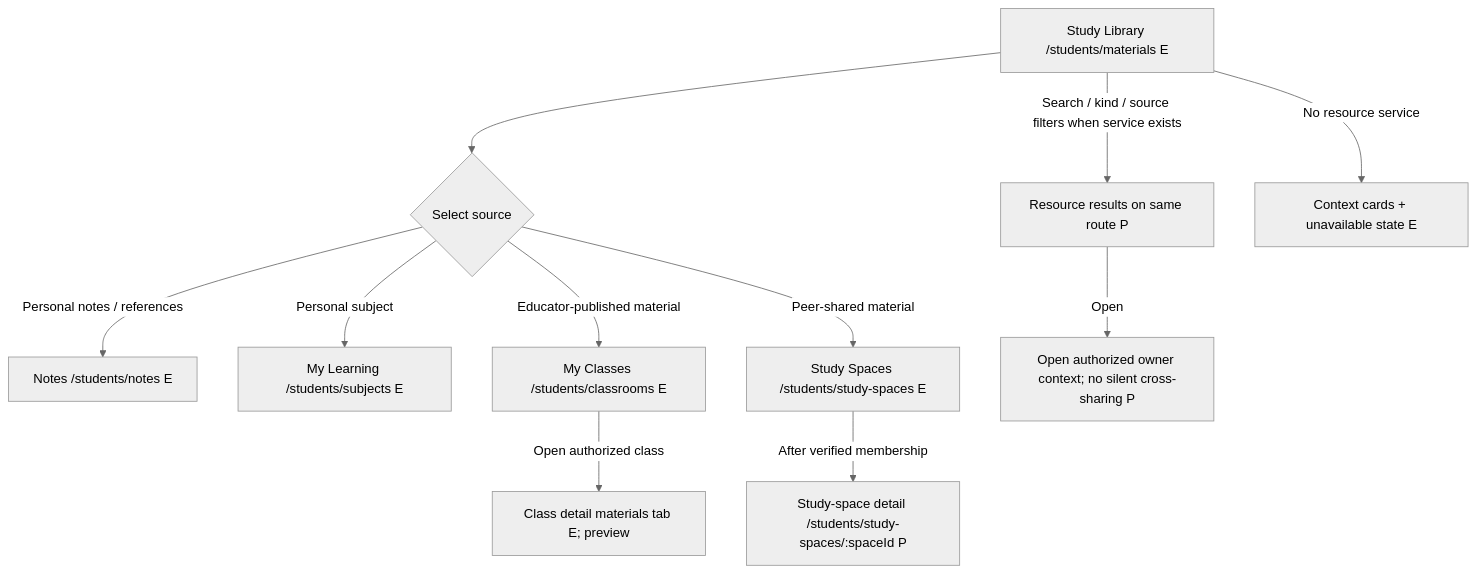
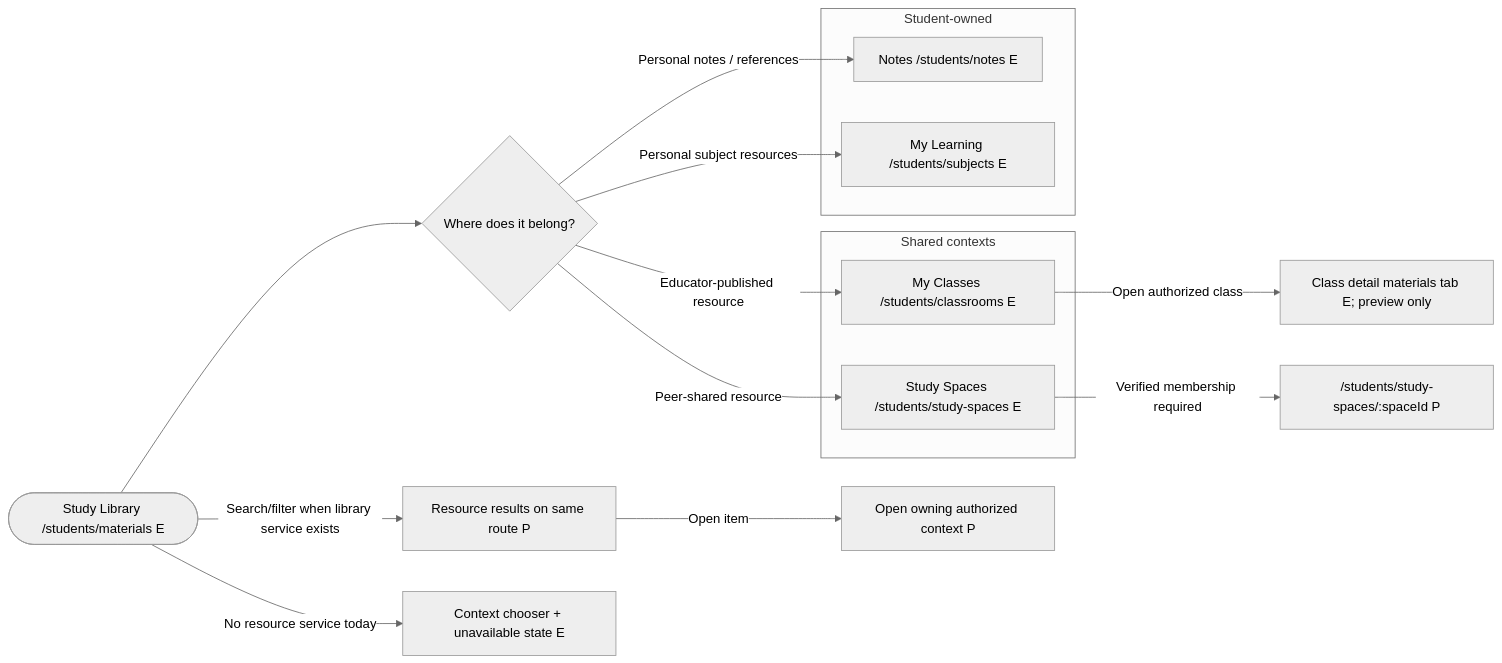
Before and after one commit to devCarlJoseph/owlio-app: the fourth of 14 diagrams in OWLIO_STUDENT_SIDEBAR_WORKFLOW_PLAN.md, drawn with Mermaid (neutral theme). The commit also changed other lines of this file and 1 other file, not shown here.

Commit message:
docs(workflows): render sidebar flows as grouped Mermaid diagrams

````diff
--- a/OWLIO_STUDENT_SIDEBAR_WORKFLOW_PLAN.md
+++ b/OWLIO_STUDENT_SIDEBAR_WORKFLOW_PLAN.md
@@ -372,13 +406,21 @@
 ```mermaid
-flowchart TD
-  LIB["Study Library /students/materials E"] --> SRC{"Select source"}
-  SRC -->|"Personal notes / references"| N["Notes /students/notes E"]
-  SRC -->|"Personal subject"| SUB["My Learning /students/subjects E"]
-  SRC -->|"Educator-published material"| CL["My Classes /students/classrooms E"]
-  CL -->|"Open authorized class"| MAT["Class detail materials tab E; preview"]
-  SRC -->|"Peer-shared material"| SS["Study Spaces /students/study-spaces E"]
-  SS -->|"After verified membership"| SD["Study-space detail /students/study-spaces/:spaceId P"]
-  LIB -->|"Search / kind / source filters when service exists"| RES["Resource results on same route P"]
-  RES -->|"Open"| OWNER["Open authorized owner context; no silent cross-sharing P"]
-  LIB -->|"No resource service"| EMPTY["Context cards + unavailable state E"]
+flowchart LR
+  LIB(["Study Library /students/materials E"]) --> SRC{"Where does it belong?"}
+  subgraph PERSONAL["Student-owned"]
+    NOTES["Notes /students/notes E"]
+    SUBJECT["My Learning /students/subjects E"]
+  end
+  subgraph SHARED["Shared contexts"]
+    CLASS["My Classes /students/classrooms E"]
+    SPACE["Study Spaces /students/study-spaces E"]
+  end
+  SRC -->|"Personal notes / references"| NOTES
+  SRC -->|"Personal subject resources"| SUBJECT
+  SRC -->|"Educator-published resource"| CLASS
+  CLASS -->|"Open authorized class"| CLASS_MAT["Class detail materials tab E; preview only"]
+  SRC -->|"Peer-shared resource"| SPACE
+  SPACE -->|"Verified membership required"| SPACE_DETAIL["/students/study-spaces/:spaceId P"]
+  LIB -->|"Search/filter when library service exists"| RESULTS["Resource results on same route P"]
+  RESULTS -->|"Open item"| OWNER["Open owning authorized context P"]
+  LIB -->|"No resource service today"| EMPTY["Context chooser + unavailable state E"]
 ```
````
